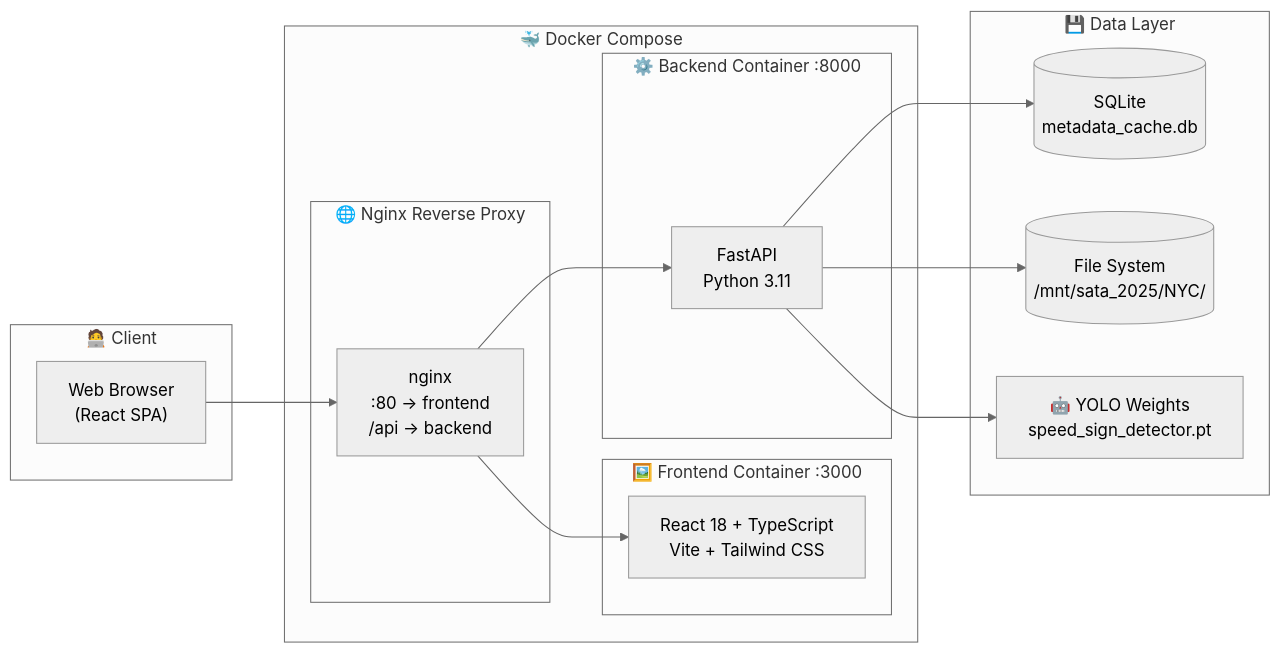
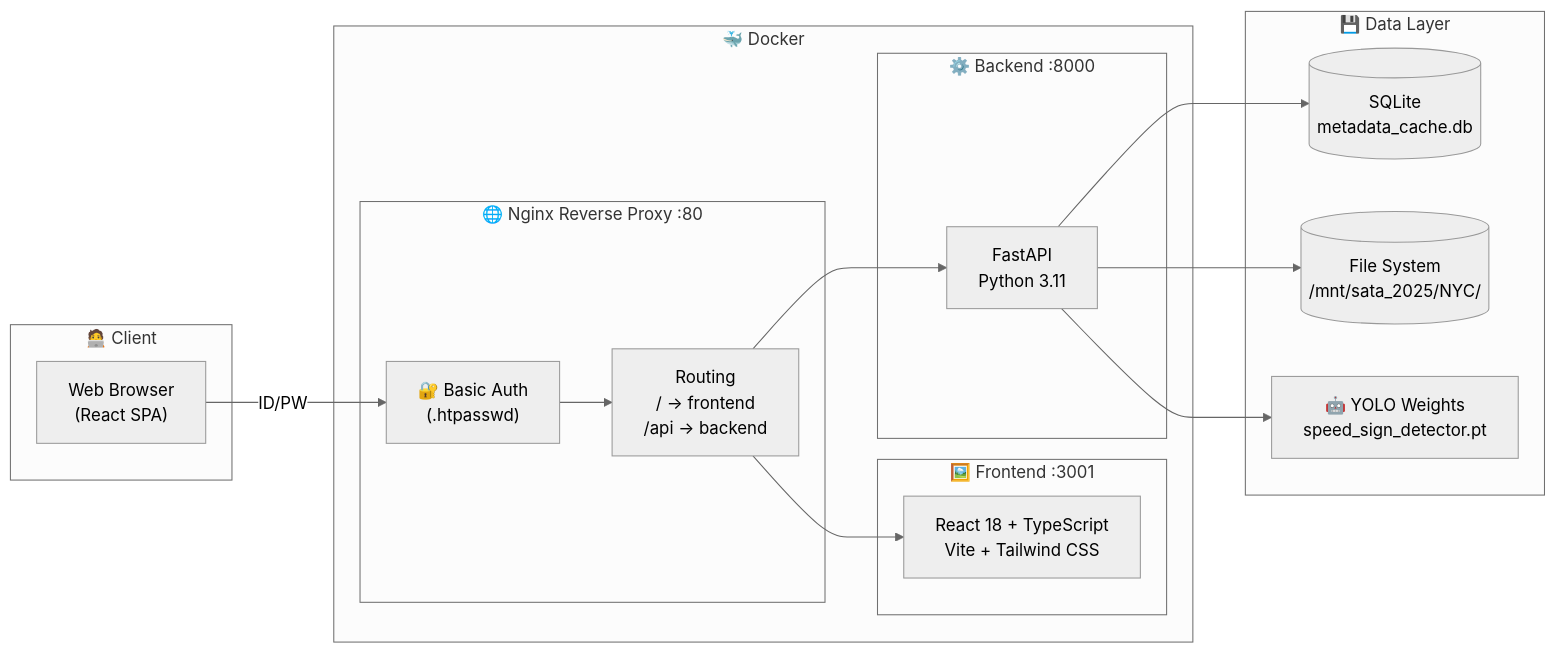
The second of 6 diagrams in README.md (dareesoft/nyc-vehicle-tracker), drawn with Mermaid (neutral theme) before and after one commit. The commit also changed other lines of this file and 3 other files, not shown here.

First line of the commit message:
feat: Nginx Basic Authentication 추가

````diff
--- a/README.md
+++ b/README.md
@@ -61,33 +111,35 @@
 ```mermaid
 flowchart LR
     subgraph Client["🧑‍💻 Client"]
         BROWSER["Web Browser<br/>(React SPA)"]
     end
 
-    subgraph Docker["🐳 Docker Compose"]
-        subgraph NGINX["🌐 Nginx Reverse Proxy"]
-            RP["nginx<br/>:80 → frontend<br/>/api → backend"]
+    subgraph Docker["🐳 Docker"]
+        subgraph NGINX["🌐 Nginx Reverse Proxy :80"]
+            AUTH["🔐 Basic Auth<br/>(.htpasswd)"]
+            RP["Routing<br/>/ → frontend<br/>/api → backend"]
         end
 
-        subgraph FRONTEND["🖼️ Frontend Container :3000"]
+        subgraph FRONTEND["🖼️ Frontend :3001"]
             REACT["React 18 + TypeScript<br/>Vite + Tailwind CSS"]
         end
 
-        subgraph BACKEND["⚙️ Backend Container :8000"]
+        subgraph BACKEND["⚙️ Backend :8000"]
             FASTAPI["FastAPI<br/>Python 3.11"]
         end
     end
 
     subgraph DATA["💾 Data Layer"]
         DB[("SQLite<br/>metadata_cache.db")]
         FS[("File System<br/>/mnt/sata_2025/NYC/")]
         YOLO["🤖 YOLO Weights<br/>speed_sign_detector.pt"]
     end
 
-    BROWSER --> RP
+    BROWSER -->|"ID/PW"| AUTH
+    AUTH --> RP
     RP --> REACT
     RP --> FASTAPI
     FASTAPI --> DB
     FASTAPI --> FS
     FASTAPI --> YOLO
 ```
````
